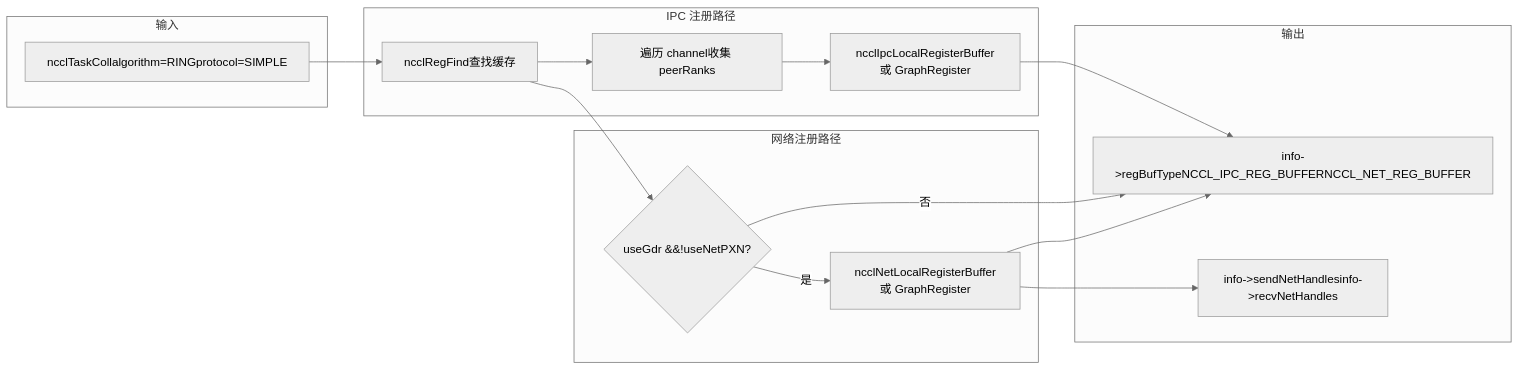
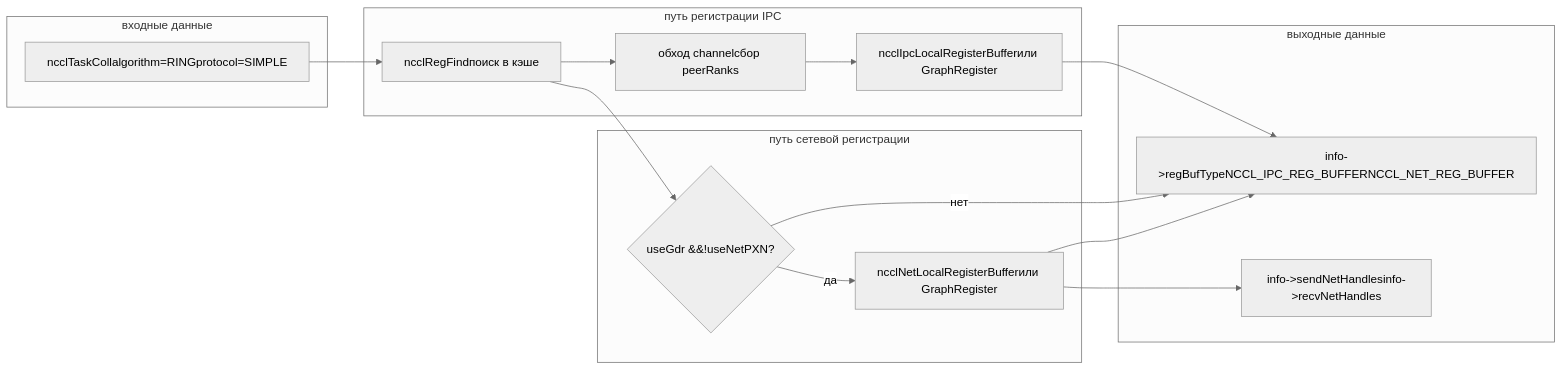
The second of 3 diagrams in books/nccl/ru/18-memory-allocator-and-registration-cache.md (maleRjc/AiReadCodeBooks), drawn with Mermaid (neutral theme) before and after one commit. The commit also changed other lines of this file and 74 other files, not shown here.

````diff
--- a/books/nccl/ru/18-memory-allocator-and-registration-cache.md
+++ b/books/nccl/ru/18-memory-allocator-and-registration-cache.md
@@ -307,28 +309,28 @@
 ```mermaid
 flowchart LR
-    subgraph input["输入"]
+    subgraph input["входные данные"]
         task["ncclTaskCollalgorithm=RINGprotocol=SIMPLE"]
     end
-    subgraph ipc["IPC 注册路径"]
-        find["ncclRegFind查找缓存"]
-        collect["遍历 channel收集 peerRanks"]
-        ipcReg["ncclIpcLocalRegisterBuffer或 GraphRegister"]
+    subgraph ipc["путь регистрации IPC"]
+        find["ncclRegFindпоиск в кэше"]
+        collect["обход channelсбор peerRanks"]
+        ipcReg["ncclIpcLocalRegisterBufferили GraphRegister"]
     end
-    subgraph net["网络注册路径"]
+    subgraph net["путь сетевой регистрации"]
         checkGdr{"useGdr &&!useNetPXN?"}
-        netReg["ncclNetLocalRegisterBuffer或 GraphRegister"]
+        netReg["ncclNetLocalRegisterBufferили GraphRegister"]
     end
-    subgraph output["输出"]
+    subgraph output["выходные данные"]
         regType["info->regBufTypeNCCL_IPC_REG_BUFFERNCCL_NET_REG_BUFFER"]
         handles["info->sendNetHandlesinfo->recvNetHandles"]
     end
     task --> find
     find --> collect
     collect --> ipcReg
     ipcReg --> regType
     find --> checkGdr
-    checkGdr -->|"是"| netReg
-    checkGdr -->|"否"| regType
+    checkGdr -->|"да"| netReg
+    checkGdr -->|"нет"| regType
     netReg --> regType
     netReg --> handles
 ```
````
